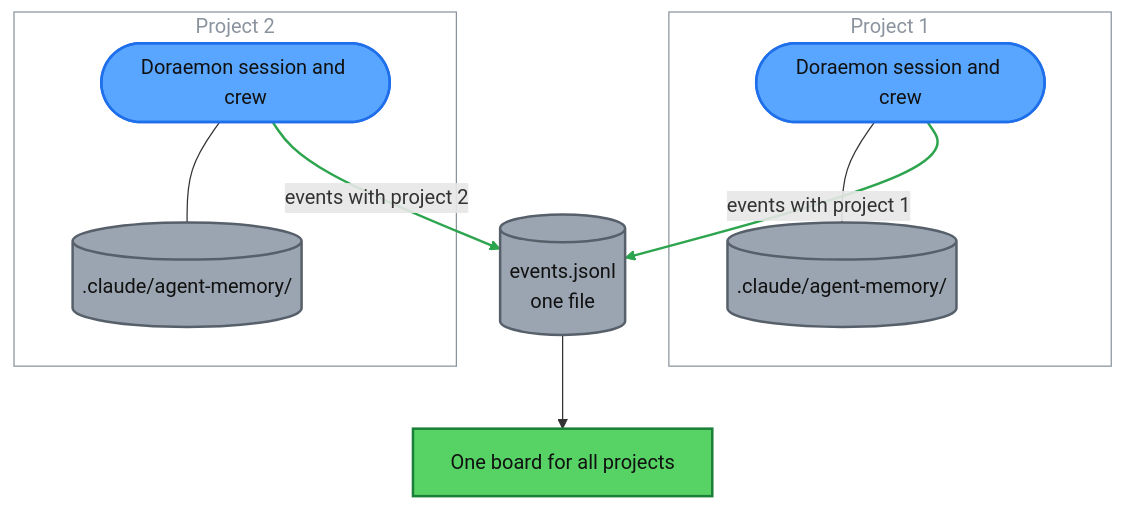
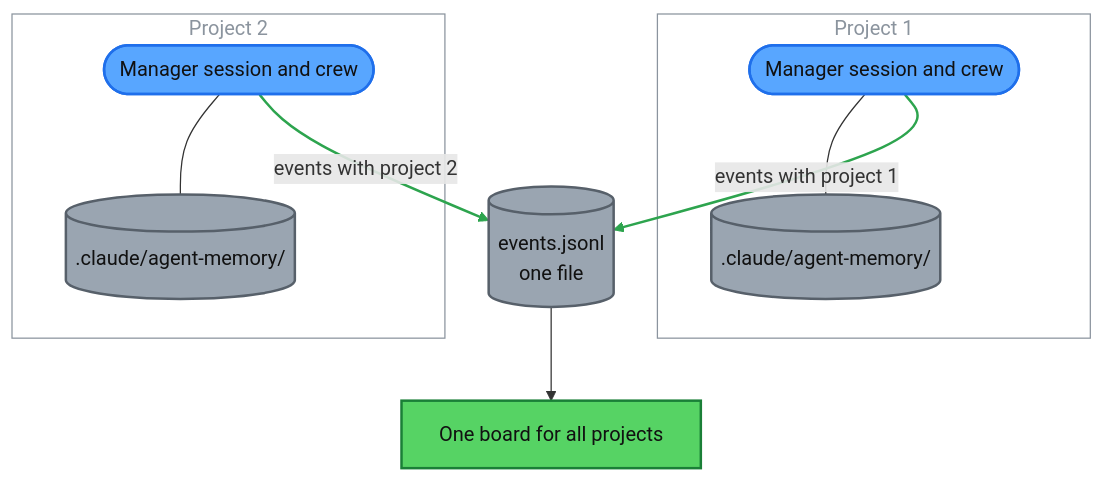
The third of 4 diagrams in docs/how-it-works.md (amanpatil808/claude-crew), drawn with Mermaid before and after one commit. The commit also changed other lines of this file and 5 other files, not shown here.

First line of the commit message:
Docs: say "the manager" in prose, name Doraemon once per doc

````diff
--- a/docs/how-it-works.md
+++ b/docs/how-it-works.md
@@ -249,36 +249,36 @@
 ```mermaid
 flowchart TB
     subgraph P1["Project 1"]
-        S1(["Doraemon session and crew"])
+        S1(["Manager session and crew"])
         M1[(".claude/agent-memory/")]
     end
     subgraph P2["Project 2"]
-        S2(["Doraemon session and crew"])
+        S2(["Manager session and crew"])
         M2[(".claude/agent-memory/")]
     end
     S1 --- M1
     S2 --- M2
     S1 -->|"events with project 1"| EV[("events.jsonl<br/>one file")]
     S2 -->|"events with project 2"| EV
     EV --> BD["One board for all projects"]
 
   classDef mgmt fill:#58a6ff,stroke:#1f6feb,color:#111,stroke-width:2px
   classDef backend fill:#e3b341,stroke:#9a6700,color:#111,stroke-width:2px
   classDef frontend fill:#ff7b72,stroke:#cf222e,color:#111,stroke-width:2px
   classDef devops fill:#39c5cf,stroke:#0e7490,color:#111,stroke-width:2px
   classDef security fill:#8e9cf5,stroke:#4c5bd4,color:#111,stroke-width:2px
   classDef qa fill:#bc8cff,stroke:#8250df,color:#111,stroke-width:2px
   classDef research fill:#f0883e,stroke:#bc4c00,color:#111,stroke-width:2px
   classDef docs fill:#f778ba,stroke:#bf3989,color:#111,stroke-width:2px
   classDef helpers fill:#c9b97a,stroke:#8a7a3a,color:#111,stroke-width:2px
   classDef crew fill:#b1bac4,stroke:#57606a,color:#111,stroke-width:2px
   classDef data fill:#9aa5b1,stroke:#57606a,color:#111,stroke-width:2px
   classDef board fill:#56d364,stroke:#1a7f37,color:#111,stroke-width:2px
   classDef ext fill:#c5ccd4,stroke:#57606a,color:#111,stroke-width:2px,stroke-dasharray:5 3
     class S1,S2 mgmt
     class M1,M2,EV data
     class BD board
     style P1 fill:transparent,stroke:#8b949e,color:#8b949e
     style P2 fill:transparent,stroke:#8b949e,color:#8b949e
     linkStyle 2,3 stroke:#2da44e,stroke-width:2px
 ```
````
